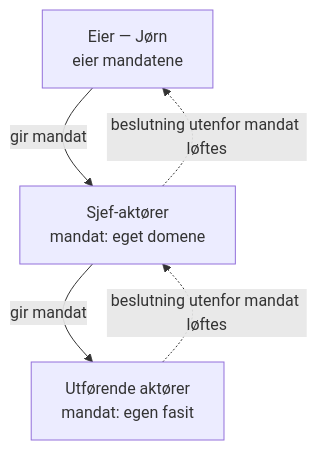
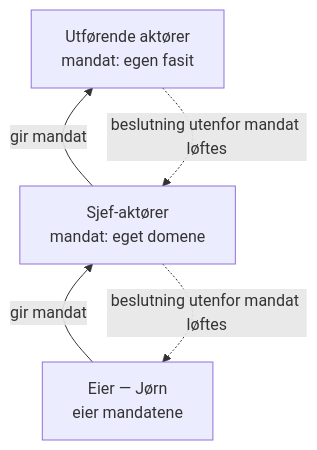
One commit to KODE15AS/KODE15AS changed the first of 2 diagrams in organisasjonsplan.md. Above: the diagram before and after it, drawn with Mermaid.

Commit message:
Mandatlinjen: graph BT så løft havner til venstre og mandat til høyre

````diff
--- a/organisasjonsplan.md
+++ b/organisasjonsplan.md
@@ -56,11 +56,11 @@
 ```mermaid
-graph TD
+graph BT
     EIER["Eier — Jørn<br/>eier mandatene"]
     SJEF["Sjef-aktører<br/>mandat: eget domene"]
     DRENGR["Utførende aktører<br/>mandat: egen fasit"]
 
+    DRENGR -. "beslutning utenfor mandat løftes" .-> SJEF
+    SJEF -. "beslutning utenfor mandat løftes" .-> EIER
     EIER -- "gir mandat" --> SJEF
     SJEF -- "gir mandat" --> DRENGR
-    SJEF -. "beslutning utenfor mandat løftes" .-> EIER
-    DRENGR -. "beslutning utenfor mandat løftes" .-> SJEF
 ```
````
